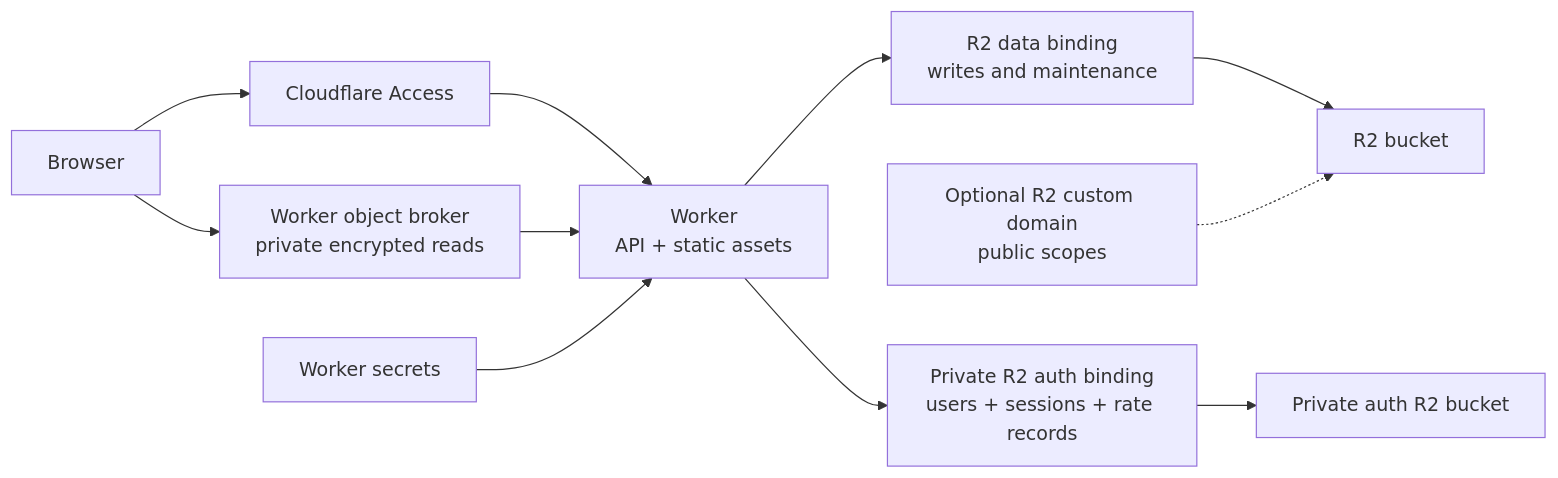
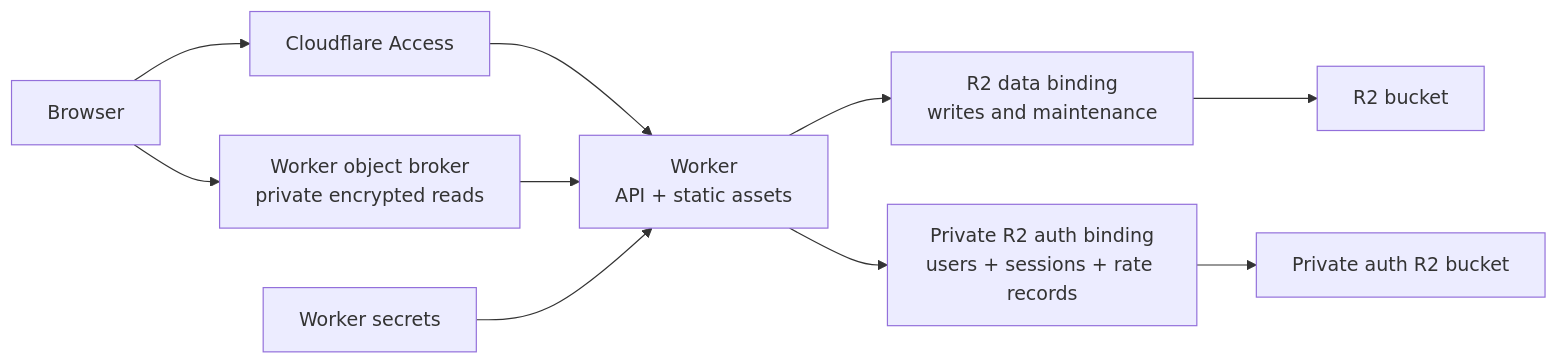
One commit to Jason-Doyle/thimble changed the sixth of 7 diagrams in docs/DIAGRAMS.md. Above: the diagram before and after it, drawn with Mermaid. The commit also changed other lines of this file and 77 other files, not shown here.

````diff
--- a/docs/DIAGRAMS.md
+++ b/docs/DIAGRAMS.md
@@ -189,24 +188,22 @@
 ```mermaid
 flowchart LR
   Browser["Browser"]
   Access["Cloudflare Access"]
   Worker["Worker<br/>API + static assets"]
   R2Binding["R2 data binding<br/>writes and maintenance"]
   AuthBinding["Private R2 auth binding<br/>users + sessions + rate records"]
   ReadBroker["Worker object broker<br/>private encrypted reads"]
-  PublicDomain["Optional R2 custom domain<br/>public scopes"]
   R2["R2 bucket"]
   AuthR2["Private auth R2 bucket"]
   Secrets["Worker secrets"]
 
   Browser --> Access
   Access --> Worker
   Browser --> ReadBroker
   Worker --> R2Binding
   Worker --> AuthBinding
   ReadBroker --> Worker
   R2Binding --> R2
   AuthBinding --> AuthR2
-  PublicDomain -.-> R2
   Secrets --> Worker
 ```
````
